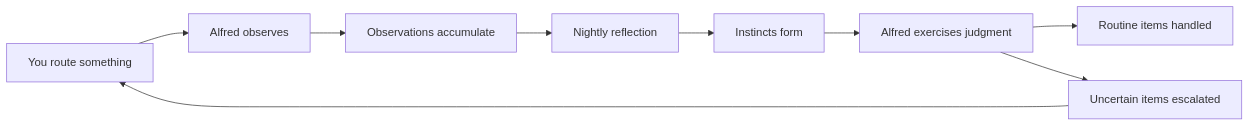
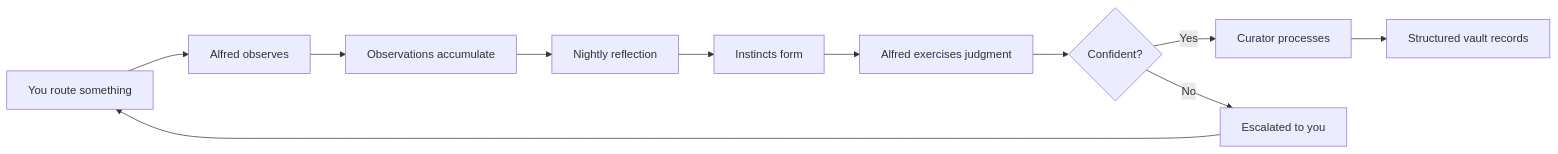
One commit to ssdavidai/alfred-documentation changed the diagram in architecture/semantic.mdx. Above: the diagram before and after it, drawn with Mermaid. The commit also changed other lines of this file and 5 other files, not shown here.

````diff
--- a/architecture/semantic.mdx
+++ b/architecture/semantic.mdx
@@ -88,11 +88,13 @@
 ```mermaid
 graph LR
     A[You route something] --> B[Alfred observes]
     B --> C[Observations accumulate]
     C --> D[Nightly reflection]
     D --> E[Instincts form]
     E --> F[Alfred exercises judgment]
-    F --> G[Routine items handled]
-    F --> H[Uncertain items escalated]
-    H --> A
+    F --> G{Confident?}
+    G -->|Yes| H[Curator processes]
+    G -->|No| I[Escalated to you]
+    H --> J[Structured vault records]
+    I --> A
 ```
````
